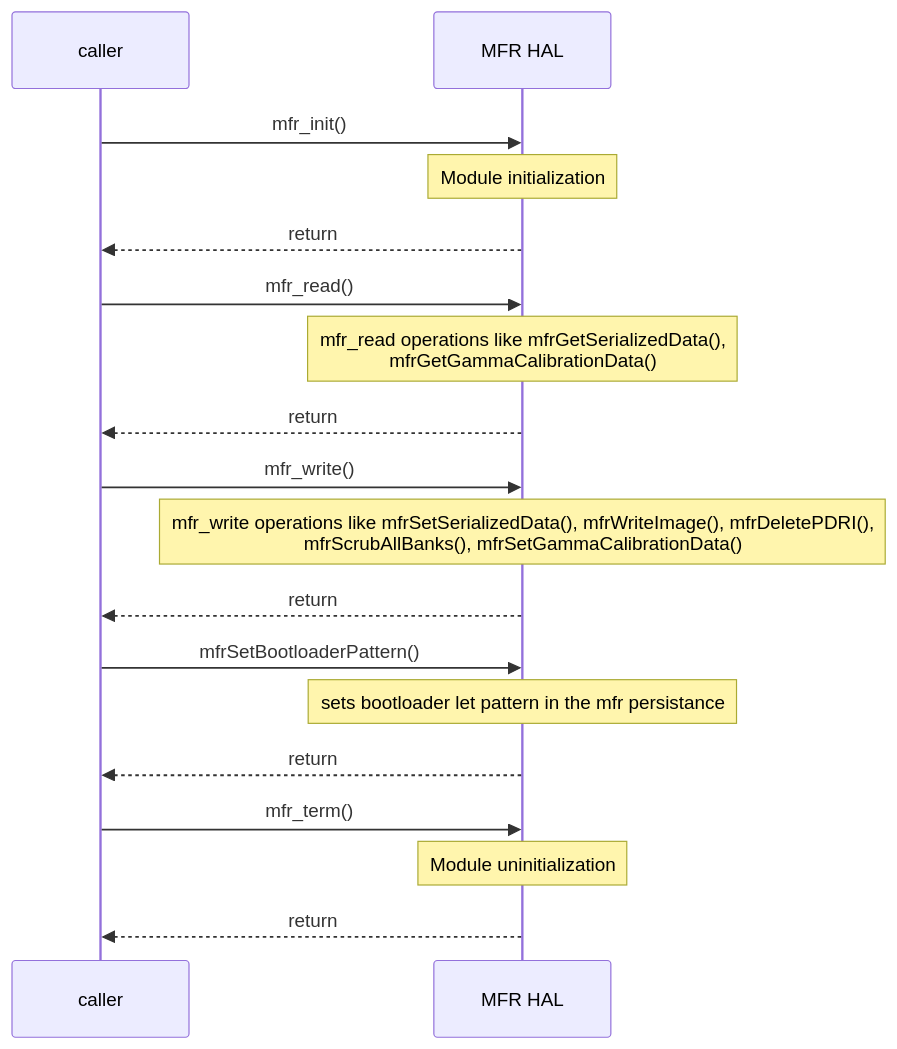
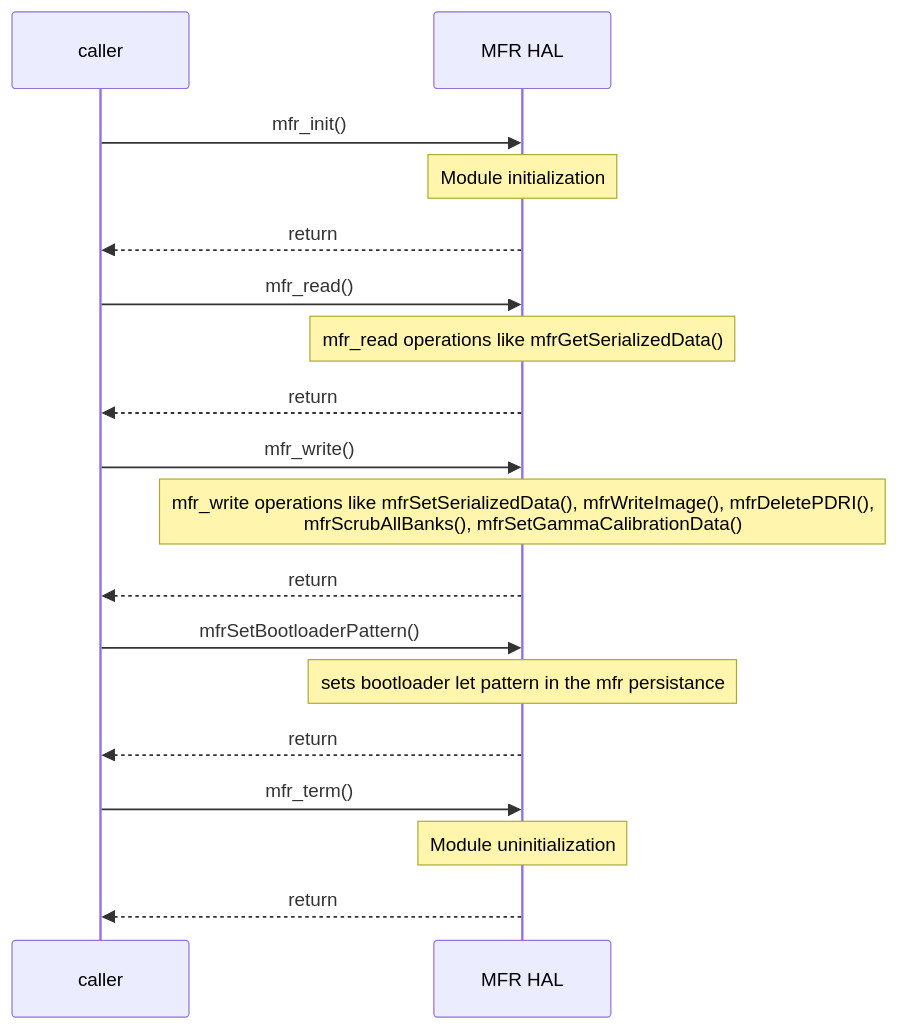
Before and after one commit to rdkcentral/rdk-halif-mfr: the second of 4 diagrams in docs/pages/mfr_HalSpec.md, drawn with Mermaid.

Commit message:
Potential fix for pull request finding 'Documentation references nonexistent gamma calibration APIs'

````diff
--- a/docs/pages/mfr_HalSpec.md
+++ b/docs/pages/mfr_HalSpec.md
@@ -232,21 +232,21 @@
 ```mermaid
 %%{ init : { "theme" : "default", "flowchart" : { "curve" : "stepBefore" }}}%%
    sequenceDiagram
     participant caller as caller
     participant HAL as MFR HAL
     caller->>HAL:mfr_init()
     Note over HAL: Module initialization
     HAL-->>caller:return
     caller->>HAL:mfr_read()
-    Note over HAL: mfr_read operations like mfrGetSerializedData(), <br> mfrGetGammaCalibrationData()
+    Note over HAL: mfr_read operations like mfrGetSerializedData()
     HAL-->>caller:return
     caller->>HAL:mfr_write()
     Note over HAL: mfr_write operations like mfrSetSerializedData(), mfrWriteImage(), mfrDeletePDRI(),<br>mfrScrubAllBanks(), mfrSetGammaCalibrationData()
     HAL-->>caller:return
     caller->>HAL:mfrSetBootloaderPattern()
     Note over HAL: sets bootloader let pattern in the mfr persistance
     HAL-->>caller:return
     caller->>HAL:mfr_term()
     Note over HAL: Module uninitialization
     HAL-->>caller:return
  ```
````
